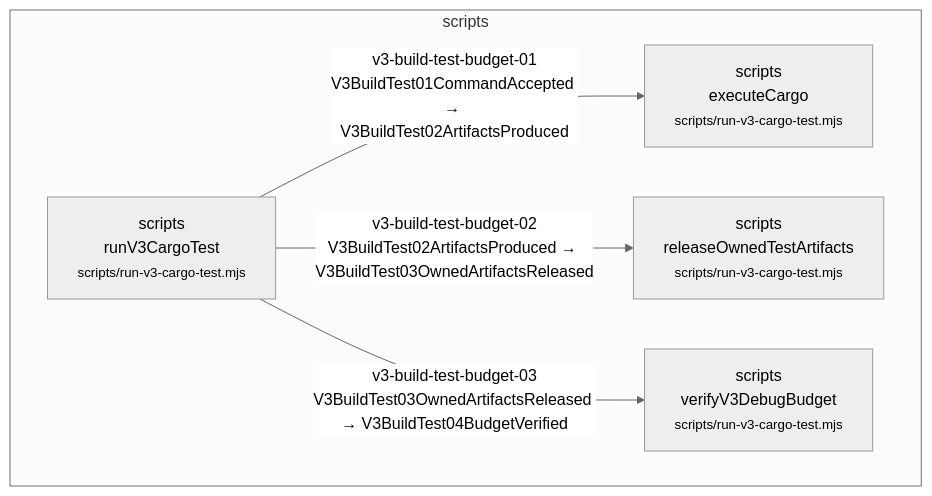
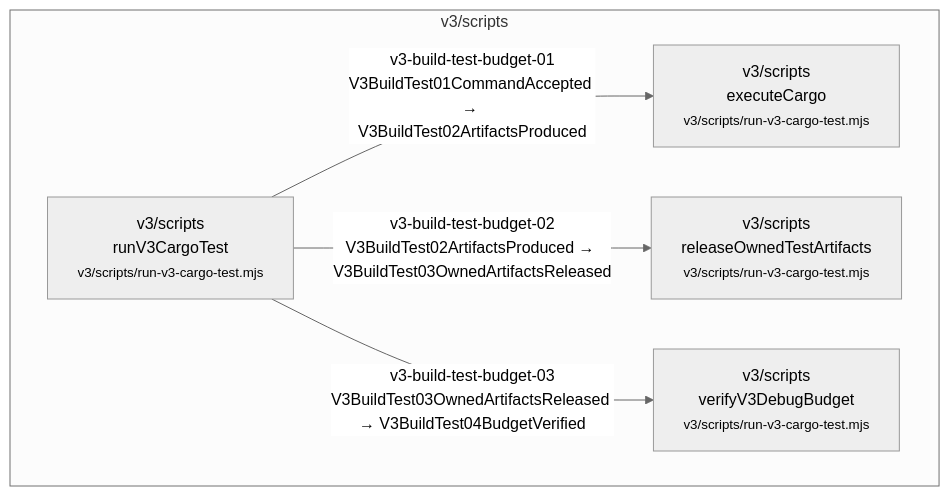
Before and after one commit to Jasonzhangf/routecodex: diagram 55 of 60 in v3/build-contracts/architecture-admission/repo/docs/architecture/wiki/v3-mainline-caller-flow.md, drawn with Mermaid (neutral theme). The commit also changed other lines of this file and 28 other files, not shown here.

````diff
--- a/v3/build-contracts/architecture-admission/repo/docs/architecture/wiki/v3-mainline-caller-flow.md
+++ b/v3/build-contracts/architecture-admission/repo/docs/architecture/wiki/v3-mainline-caller-flow.md
@@ -2297,12 +2295,12 @@
 ```mermaid
 flowchart TD
-  subgraph c_53_v3_build_test_artifact_budget_m_scripts["scripts"]
-    c_53_v3_build_test_artifact_budget_0["scripts<br/>runV3CargoTest<br/><small>scripts/run-v3-cargo-test.mjs</small>"]
-    c_53_v3_build_test_artifact_budget_1["scripts<br/>executeCargo<br/><small>scripts/run-v3-cargo-test.mjs</small>"]
-    c_53_v3_build_test_artifact_budget_2["scripts<br/>releaseOwnedTestArtifacts<br/><small>scripts/run-v3-cargo-test.mjs</small>"]
-    c_53_v3_build_test_artifact_budget_3["scripts<br/>verifyV3DebugBudget<br/><small>scripts/run-v3-cargo-test.mjs</small>"]
+  subgraph c_53_v3_build_test_artifact_budget_m_v3_scripts["v3/scripts"]
+    c_53_v3_build_test_artifact_budget_0["v3/scripts<br/>runV3CargoTest<br/><small>v3/scripts/run-v3-cargo-test.mjs</small>"]
+    c_53_v3_build_test_artifact_budget_1["v3/scripts<br/>executeCargo<br/><small>v3/scripts/run-v3-cargo-test.mjs</small>"]
+    c_53_v3_build_test_artifact_budget_2["v3/scripts<br/>releaseOwnedTestArtifacts<br/><small>v3/scripts/run-v3-cargo-test.mjs</small>"]
+    c_53_v3_build_test_artifact_budget_3["v3/scripts<br/>verifyV3DebugBudget<br/><small>v3/scripts/run-v3-cargo-test.mjs</small>"]
   end
   c_53_v3_build_test_artifact_budget_0 -->|v3-build-test-budget-01<br/>V3BuildTest01CommandAccepted → V3BuildTest02ArtifactsProduced| c_53_v3_build_test_artifact_budget_1
   c_53_v3_build_test_artifact_budget_0 -->|v3-build-test-budget-02<br/>V3BuildTest02ArtifactsProduced → V3BuildTest03OwnedArtifactsReleased| c_53_v3_build_test_artifact_budget_2
   c_53_v3_build_test_artifact_budget_0 -->|v3-build-test-budget-03<br/>V3BuildTest03OwnedArtifactsReleased → V3BuildTest04BudgetVerified| c_53_v3_build_test_artifact_budget_3
 ```
````
